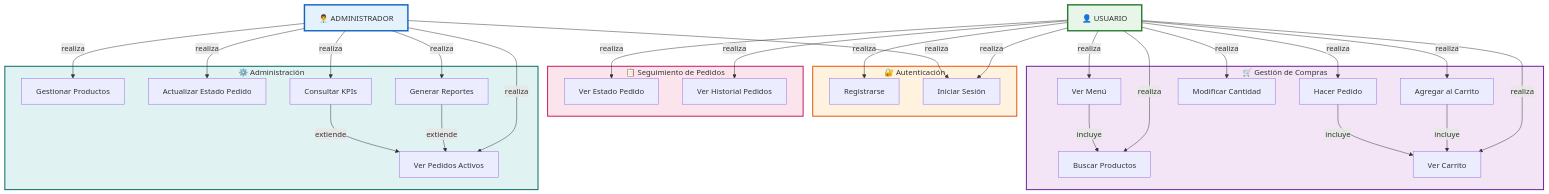
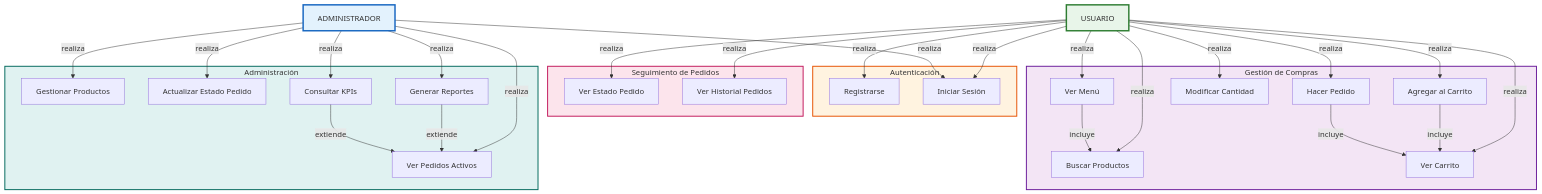
One commit to keanroti/Cafeteria changed the first of 9 diagrams in DIAGRAMAS_UML.md. Above: the diagram before and after it, drawn with Mermaid. The commit also changed other lines of this file, not shown here.

Commit message:
diagrams

````diff
--- a/DIAGRAMAS_UML.md
+++ b/DIAGRAMAS_UML.md
@@ -12,63 +12,63 @@
 ```mermaid
 graph TB
-    U["👤 USUARIO"]
-    A["👨‍💼 ADMINISTRADOR"]
+    U["USUARIO"]
+    A["ADMINISTRADOR"]
     
-    subgraph Autenticación["🔐 Autenticación"]
+    subgraph Autenticación["Autenticación"]
         UC1["Registrarse"]
         UC2["Iniciar Sesión"]
     end
     
-    subgraph Compra["🛒 Gestión de Compras"]
+    subgraph Compra["Gestión de Compras"]
         UC3["Ver Menú"]
         UC4["Buscar Productos"]
         UC5["Agregar al Carrito"]
         UC6["Ver Carrito"]
         UC7["Modificar Cantidad"]
         UC8["Hacer Pedido"]
     end
     
-    subgraph Seguimiento["📋 Seguimiento de Pedidos"]
+    subgraph Seguimiento["Seguimiento de Pedidos"]
         UC9["Ver Estado Pedido"]
         UC10["Ver Historial Pedidos"]
     end
     
-    subgraph Admin["⚙️ Administración"]
+    subgraph Admin["Administración"]
         UC11["Gestionar Productos"]
         UC12["Ver Pedidos Activos"]
         UC13["Actualizar Estado Pedido"]
         UC14["Generar Reportes"]
         UC15["Consultar KPIs"]
     end
     
     U -->|realiza| UC1
     U -->|realiza| UC2
     U -->|realiza| UC3
     U -->|realiza| UC4
     U -->|realiza| UC5
     U -->|realiza| UC6
     U -->|realiza| UC7
     U -->|realiza| UC8
     U -->|realiza| UC9
     U -->|realiza| UC10
     
     A -->|realiza| UC2
     A -->|realiza| UC11
     A -->|realiza| UC12
     A -->|realiza| UC13
     A -->|realiza| UC14
     A -->|realiza| UC15
     
     UC3 -->|incluye| UC4
     UC5 -->|incluye| UC6
     UC8 -->|incluye| UC6
     UC14 -->|extiende| UC12
     UC15 -->|extiende| UC12
     
     style U fill:#e8f5e9,stroke:#2e7d32,stroke-width:3px
     style A fill:#e3f2fd,stroke:#1565c0,stroke-width:3px
     style Autenticación fill:#fff3e0,stroke:#e65100,stroke-width:2px
     style Compra fill:#f3e5f5,stroke:#6a1b9a,stroke-width:2px
     style Seguimiento fill:#fce4ec,stroke:#c2185b,stroke-width:2px
     style Admin fill:#e0f2f1,stroke:#00695c,stroke-width:2px
 ```
````
